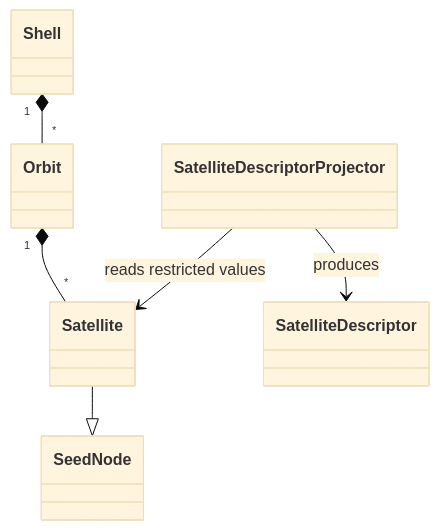
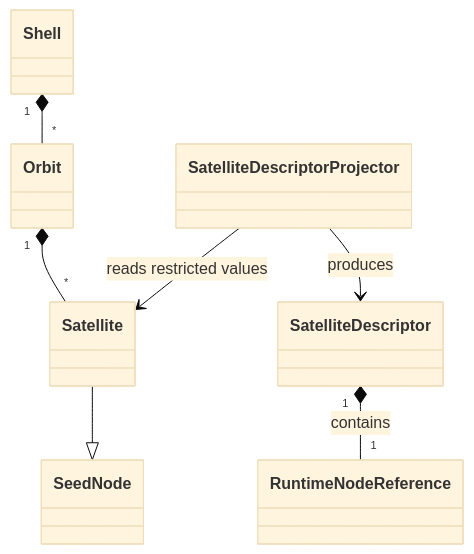
The sixth of 7 diagrams in skyseed_v2/docs/architecture/diagrams.md (seed-labs/skyseed), drawn with Mermaid (base theme) before and after one commit. The commit also changed other lines of this file and 11 other files, not shown here.

Commit message:
Move runtime node reference to shared contract

````diff
--- a/skyseed_v2/docs/architecture/diagrams.md
+++ b/skyseed_v2/docs/architecture/diagrams.md
@@ -140,15 +139,17 @@
 ```mermaid
 classDiagram
     class Shell
     class Orbit
     class Satellite
     class SeedNode
     class SatelliteDescriptorProjector
     class SatelliteDescriptor
+    class RuntimeNodeReference
 
     Shell "1" *-- "*" Orbit
     Orbit "1" *-- "*" Satellite
     Satellite --|> SeedNode
     SatelliteDescriptorProjector --> Satellite : reads restricted values
     SatelliteDescriptorProjector --> SatelliteDescriptor : produces
+    SatelliteDescriptor "1" *-- "1" RuntimeNodeReference : contains
 ```
````
